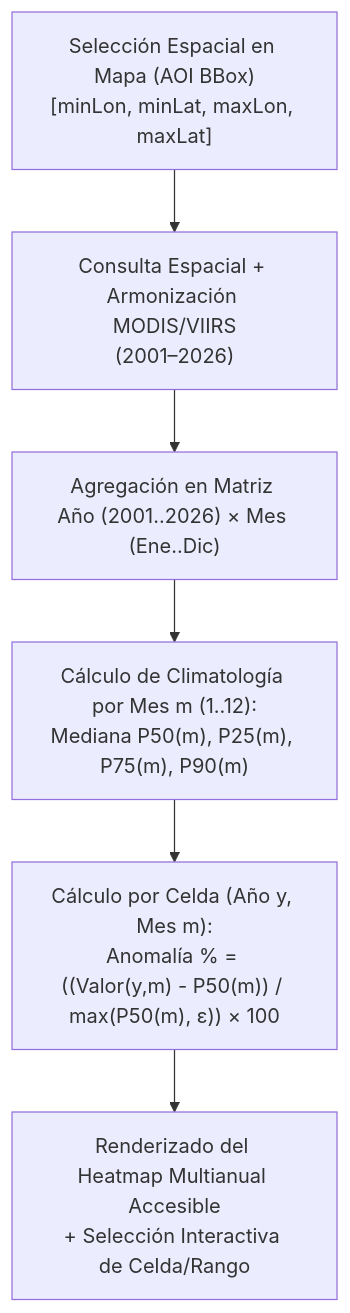
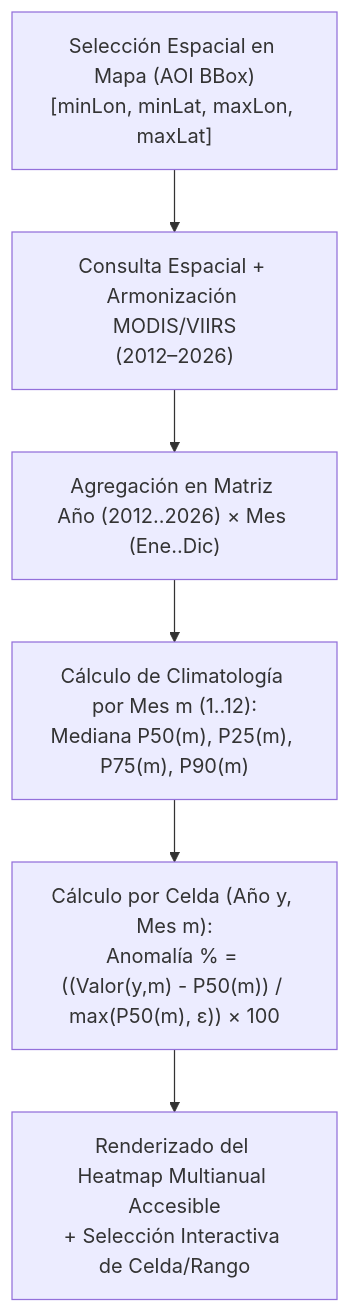
Before and after one commit to juani981/Space-App-Challenge: the second of 2 diagrams in docs/overnight/01_INDUSTRIA_SISTEMAS_REALES.md, drawn with Mermaid. The commit also changed other lines of this file and 8 other files, not shown here.

````diff
--- a/docs/overnight/01_INDUSTRIA_SISTEMAS_REALES.md
+++ b/docs/overnight/01_INDUSTRIA_SISTEMAS_REALES.md
@@ -133,8 +133,8 @@
 ```mermaid
 flowchart TD
-    AOI["Selección Espacial en Mapa (AOI BBox)<br/>[minLon, minLat, maxLon, maxLat]"] --> Query["Consulta Espacial + Armonización MODIS/VIIRS<br/>(2001–2026)"]
-    Query --> Matrix["Agregación en Matriz Año (2001..2026) × Mes (Ene..Dic)"]
+    AOI["Selección Espacial en Mapa (AOI BBox)<br/>[minLon, minLat, maxLon, maxLat]"] --> Query["Consulta Espacial + Armonización MODIS/VIIRS<br/>(2012–2026)"]
+    Query --> Matrix["Agregación en Matriz Año (2012..2026) × Mes (Ene..Dic)"]
     Matrix --> Baseline["Cálculo de Climatología por Mes m (1..12):<br/>Mediana P50(m), P25(m), P75(m), P90(m)"]
     Baseline --> Anomaly["Cálculo por Celda (Año y, Mes m):<br/>Anomalía % = ((Valor(y,m) - P50(m)) / max(P50(m), ε)) × 100"]
     Anomaly --> Render["Renderizado del Heatmap Multianual Accesible<br/>+ Selección Interactiva de Celda/Rango"]
 ```
````
